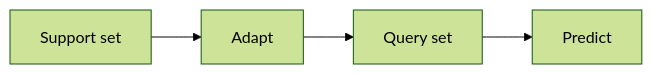
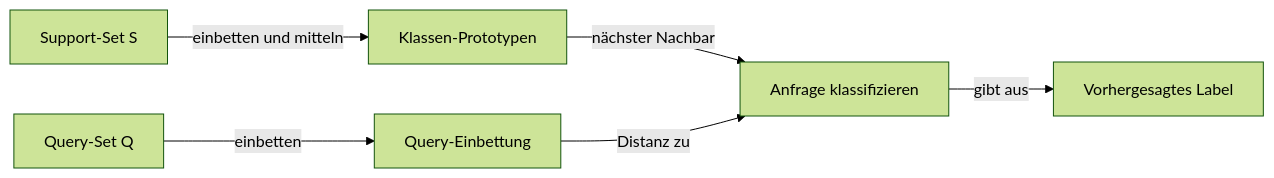
Before and after one commit to EmersonBraun/ai-summary-hub: the first of 2 diagrams in i18n/de/docusaurus-plugin-content-docs/current/few-shot-learning/index.md, drawn with Mermaid (forest theme). The commit also changed other lines of this file and 230 other files, not shown here.

````diff
--- a/i18n/de/docusaurus-plugin-content-docs/current/few-shot-learning/index.md
+++ b/i18n/de/docusaurus-plugin-content-docs/current/few-shot-learning/index.md
@@ -17,6 +37,8 @@
 ```mermaid
 flowchart LR
-  Support[Support set] --> Adapt[Adapt]
-  Adapt --> Query[Query set]
-  Query --> Predict[Predict]
+  Support[Support-Set S] -->|einbetten und mitteln| Prototypes[Klassen-Prototypen]
+  Prototypes -->|nächster Nachbar| Classify[Anfrage klassifizieren]
+  Query[Query-Set Q] -->|einbetten| QueryEmb[Query-Einbettung]
+  QueryEmb -->|Distanz zu| Classify
+  Classify -->|gibt aus| Prediction[Vorhergesagtes Label]
 ```
````
